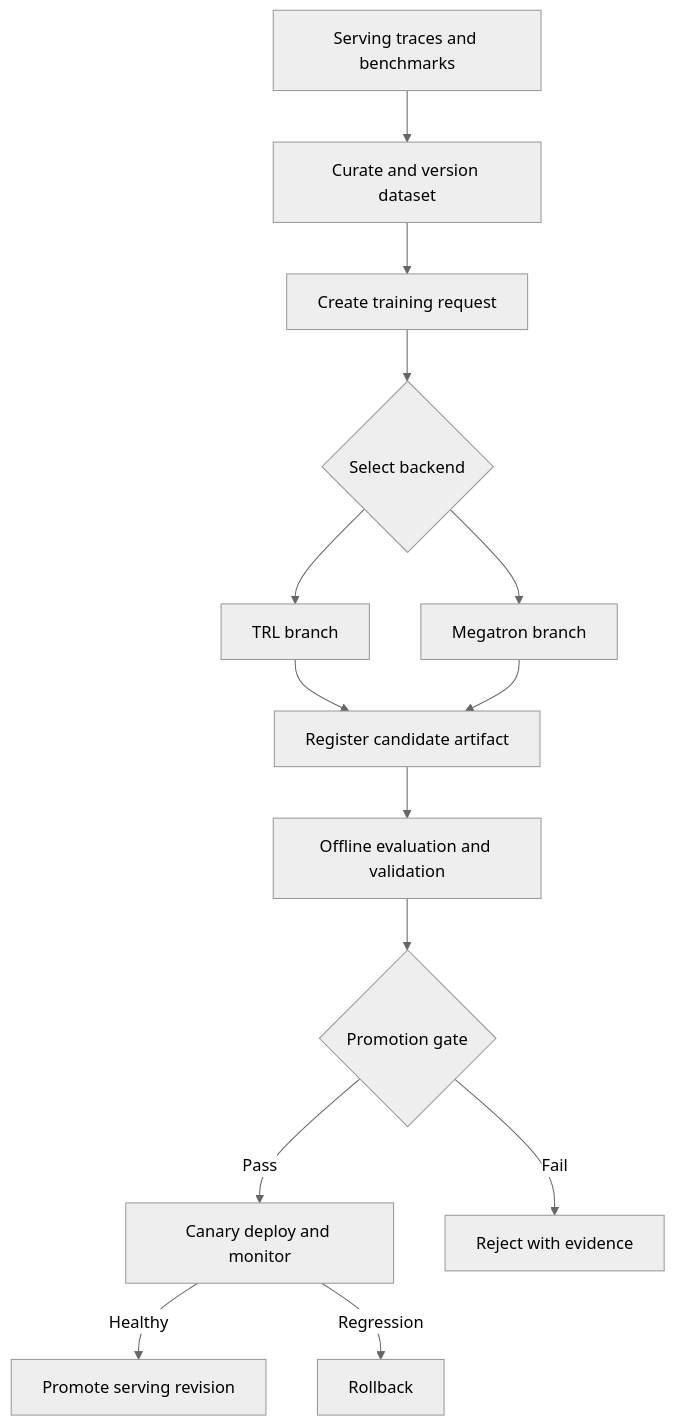
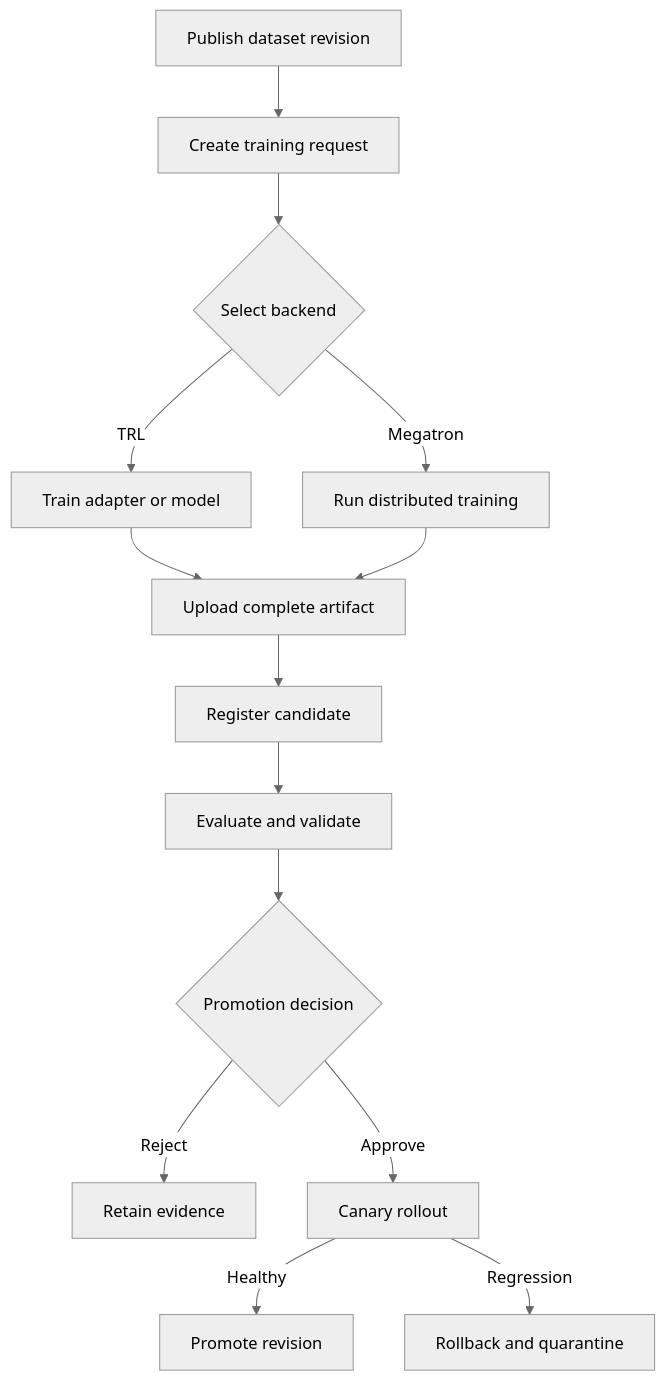
One commit to daegyu94/post-training-lab changed the second of 2 diagrams in docs/architecture.md. Above: the diagram before and after it, drawn with Mermaid (neutral theme). The commit also changed other lines of this file and 4 other files, not shown here.

````diff
--- a/docs/architecture.md
+++ b/docs/architecture.md
@@ -23,16 +63,16 @@
 ```mermaid
 flowchart TD
-    A["Serving traces and benchmarks"] --> B["Curate and version dataset"]
-    B --> C["Create training request"]
-    C --> D{"Select backend"}
-    D --> E["TRL branch"]
-    D --> F["Megatron branch"]
-    E --> G["Register candidate artifact"]
-    F --> G
-    G --> H["Offline evaluation and validation"]
-    H --> I{"Promotion gate"}
-    I -->|Pass| J["Canary deploy and monitor"]
-    I -->|Fail| K["Reject with evidence"]
-    J -->|Healthy| L["Promote serving revision"]
-    J -->|Regression| M["Rollback"]
+    A["Publish dataset revision"] --> B["Create training request"]
+    B --> C{"Select backend"}
+    C -->|TRL| D["Train adapter or model"]
+    C -->|Megatron| E["Run distributed training"]
+    D --> F["Upload complete artifact"]
+    E --> F
+    F --> G["Register candidate"]
+    G --> H["Evaluate and validate"]
+    H --> I{"Promotion decision"}
+    I -->|Reject| J["Retain evidence"]
+    I -->|Approve| K["Canary rollout"]
+    K -->|Healthy| L["Promote revision"]
+    K -->|Regression| M["Rollback and quarantine"]
 ```
````
